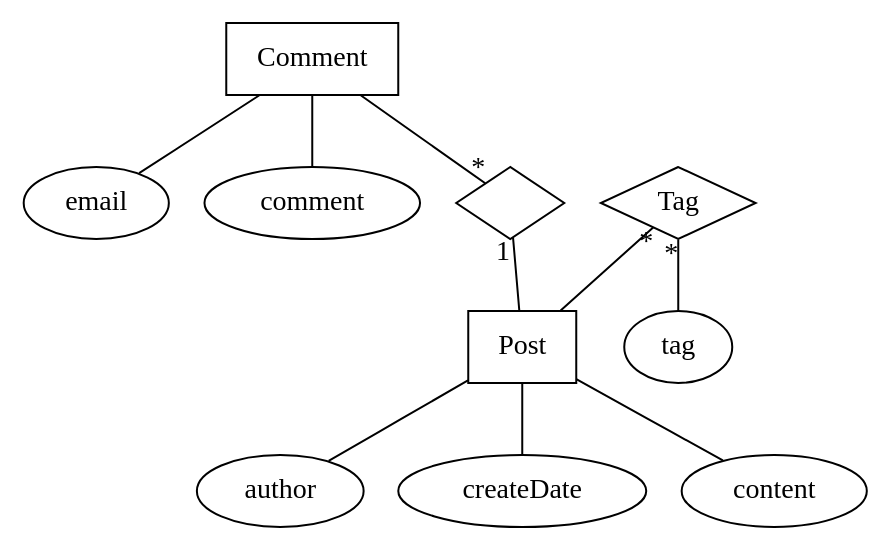
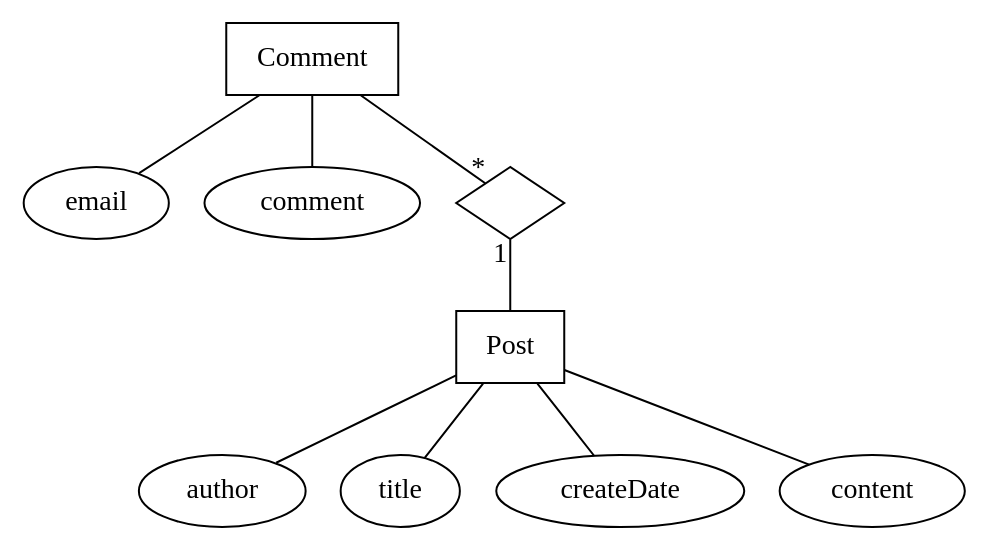
One commit to MasseR/haskelldb-example changed the diagram in er.dot. Above: the diagram before and after it, drawn with Graphviz. The commit also changed 1 other file, not shown here.

```diff
--- a/er.dot
+++ b/er.dot
@@ -1,38 +1,40 @@
 graph g {
 // Nodes
 node [shape=ellipse];
 // Posts
 author;
+title;
 createDate;
 content;
 
 // Comments
 email;
 comment;
 
 // Tags
-tag;
+// tag;
 
 // Entities
 node [shape=box];
 Post;
 Comment;
 
 // Joins
 node [shape=diamond];
 postcomment [label=""];
-Tag;
+// Tag;
 
 Post--author;
 Post--createDate;
 Post--content;
+Post--title;
 
 Comment--email;
 Comment--comment;
 
-Tag--tag [taillabel="*"];
-Tag--Post [taillabel="*"];
+// Tag--tag [taillabel="*"];
+// Tag--Post [taillabel="*"];
 
 Comment--postcomment [headlabel="*"];
 postcomment--Post [taillabel="1"];
 }
```
